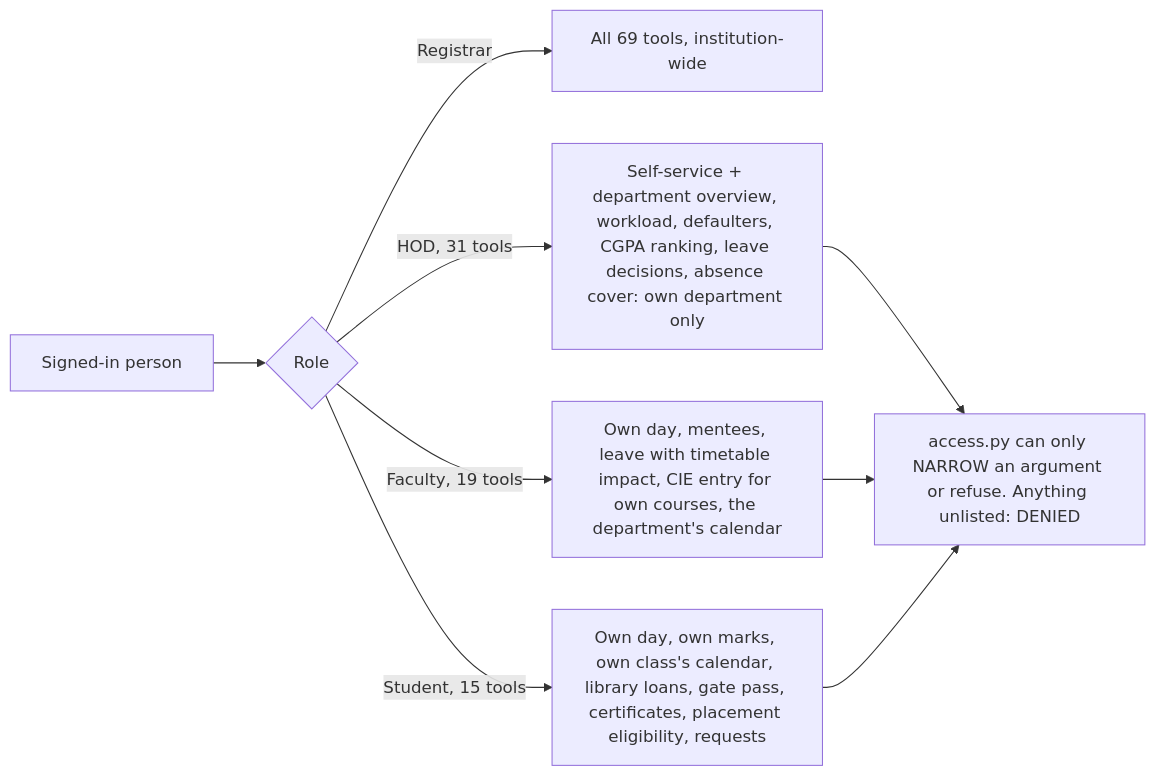
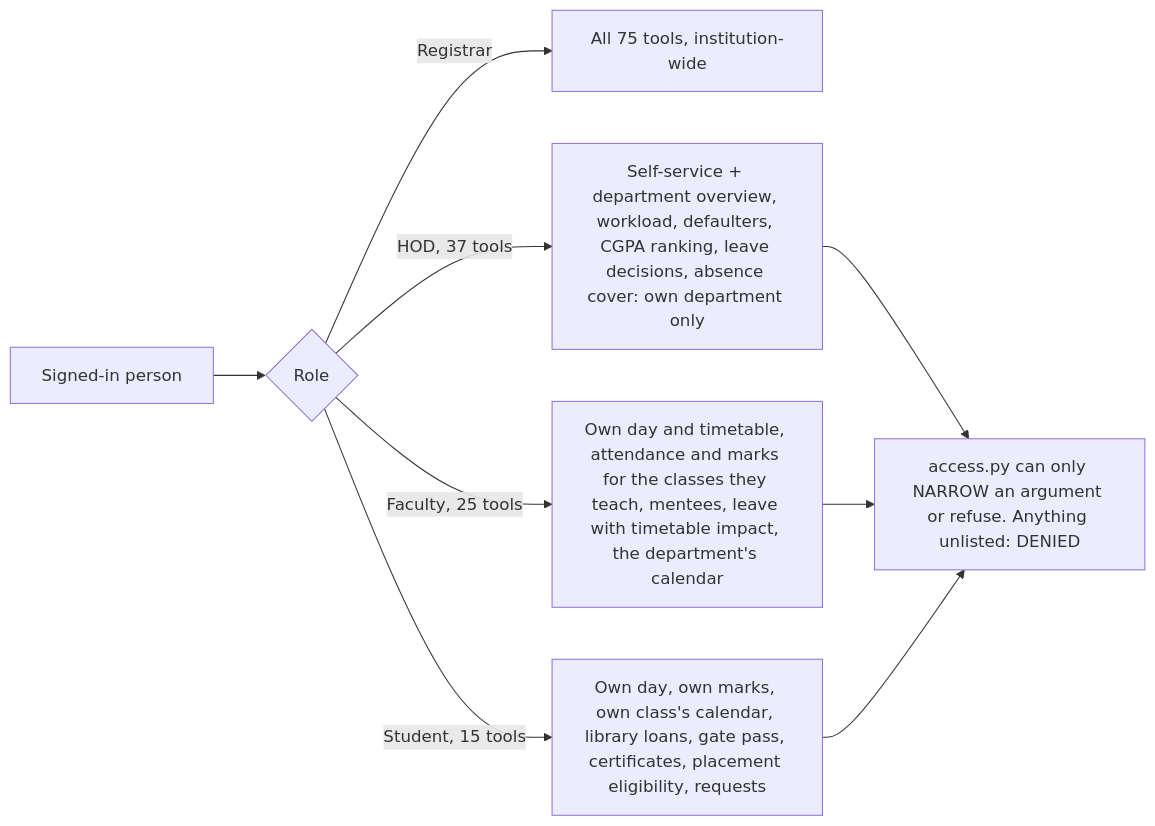
Before and after one commit to samprith02/VidyaERP: the fourth of 10 diagrams in README.md, drawn with Mermaid. The commit also changed other lines of this file and 25 other files, not shown here.

````diff
--- a/README.md
+++ b/README.md
@@ -564,9 +568,9 @@
 ```mermaid
 flowchart LR
   U[Signed-in person] --> R{Role}
-  R -->|Registrar| ALL[All 69 tools, institution-wide]
-  R -->|HOD, 31 tools| H[Self-service + department overview, workload, defaulters, CGPA ranking, leave decisions, absence cover: own department only]
-  R -->|Faculty, 19 tools| F[Own day, mentees, leave with timetable impact, CIE entry for own courses, the department's calendar]
+  R -->|Registrar| ALL[All 75 tools, institution-wide]
+  R -->|HOD, 37 tools| H[Self-service + department overview, workload, defaulters, CGPA ranking, leave decisions, absence cover: own department only]
+  R -->|Faculty, 25 tools| F[Own day and timetable, attendance and marks for the classes they teach, mentees, leave with timetable impact, the department's calendar]
   R -->|Student, 15 tools| S[Own day, own marks, own class's calendar, library loans, gate pass, certificates, placement eligibility, requests]
   H & F & S --> N[access.py can only NARROW an argument or refuse. Anything unlisted: DENIED]
 ```
````
